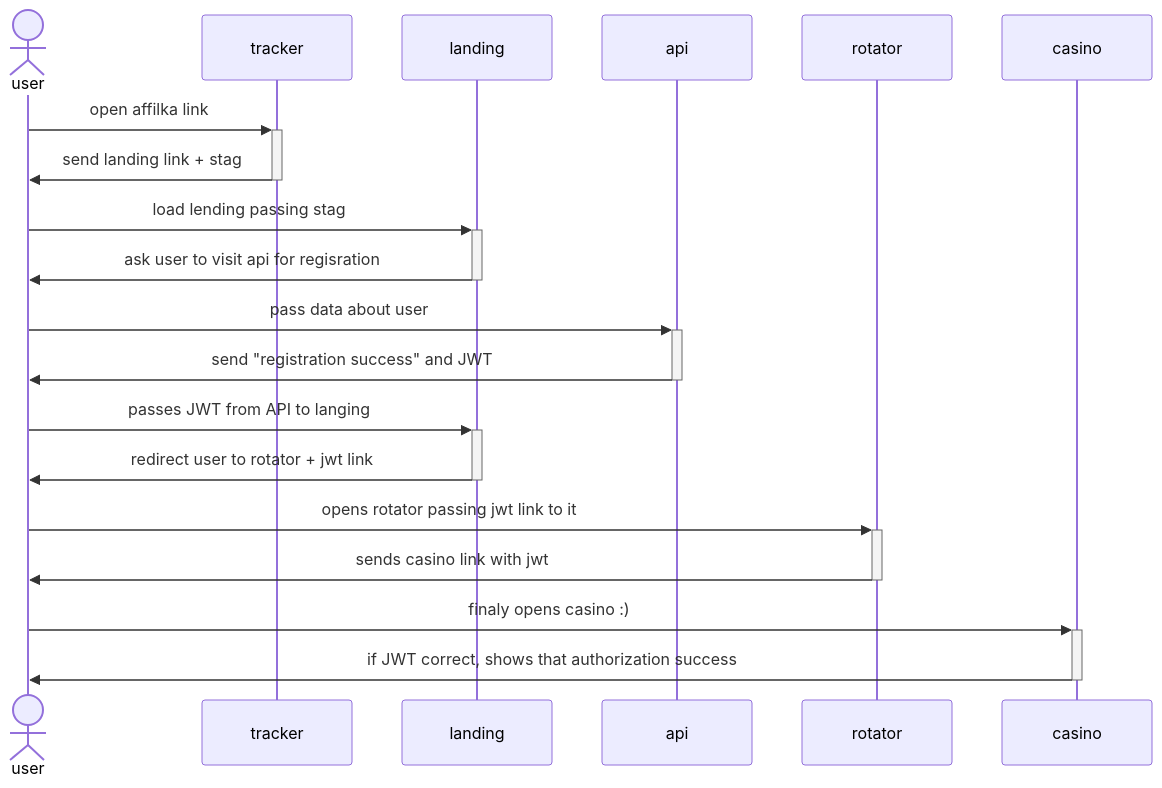
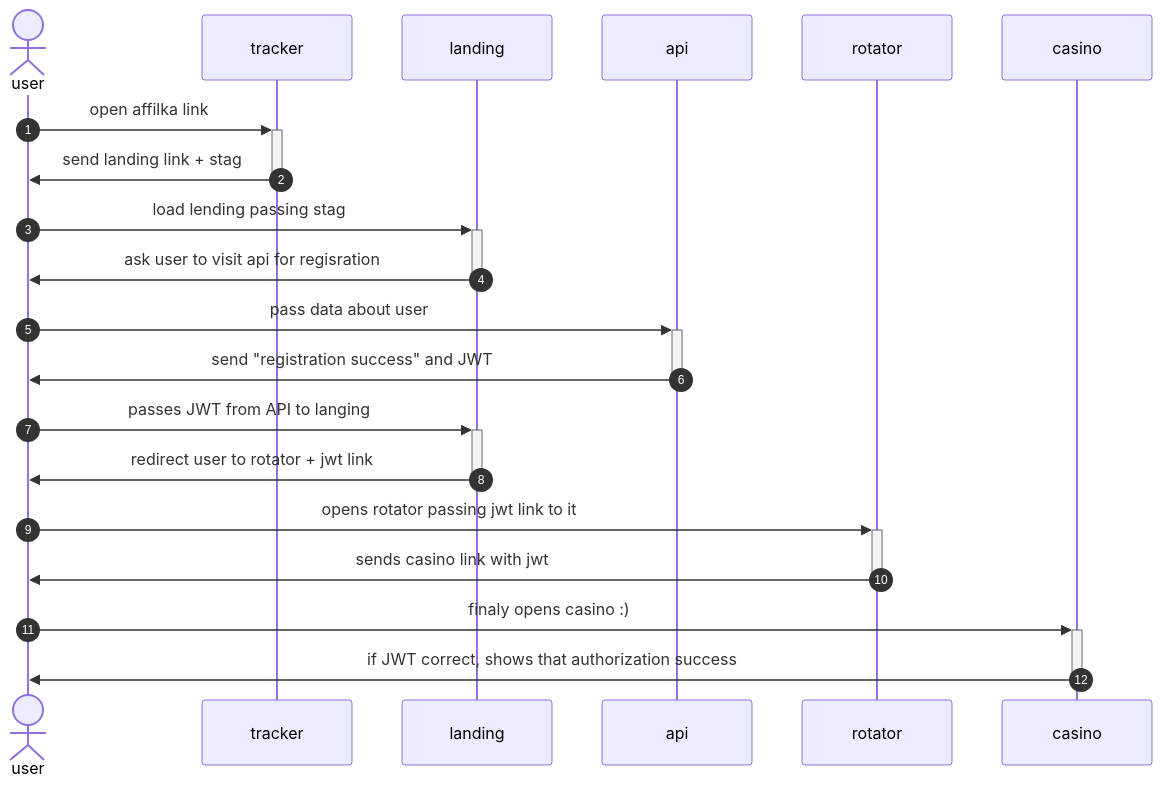
The diagram in content/Projects/CAT/Flow.md (nosovk/flowershow), drawn with Mermaid before and after one commit.

Commit message:
Update content content/Projects/CAT/Flow.md

````diff
--- a/content/Projects/CAT/Flow.md
+++ b/content/Projects/CAT/Flow.md
@@ -3,23 +3,24 @@
 ```mermaid
 sequenceDiagram
+autonumber
 
 actor user
 participant tracker
 participant landing
 participant api
 participant rotator
 participant casino
 
     user ->>+ tracker: open affilka link
     tracker ->>- user: send landing link + stag
     user ->>+ landing: load lending passing stag
     landing ->>- user: ask user to visit api for regisration
     user ->>+ api: pass data about user
     api ->>- user: send "registration success" and JWT
     user ->>+ landing: passes JWT from API to langing
     landing ->>- user: redirect user to rotator + jwt link
     user ->>+ rotator: opens rotator passing jwt link to it
     rotator ->>- user: sends casino link with jwt
     user ->>+ casino: finaly opens casino :)
     casino ->>- user: if JWT correct, shows that authorization success
 ```
````
